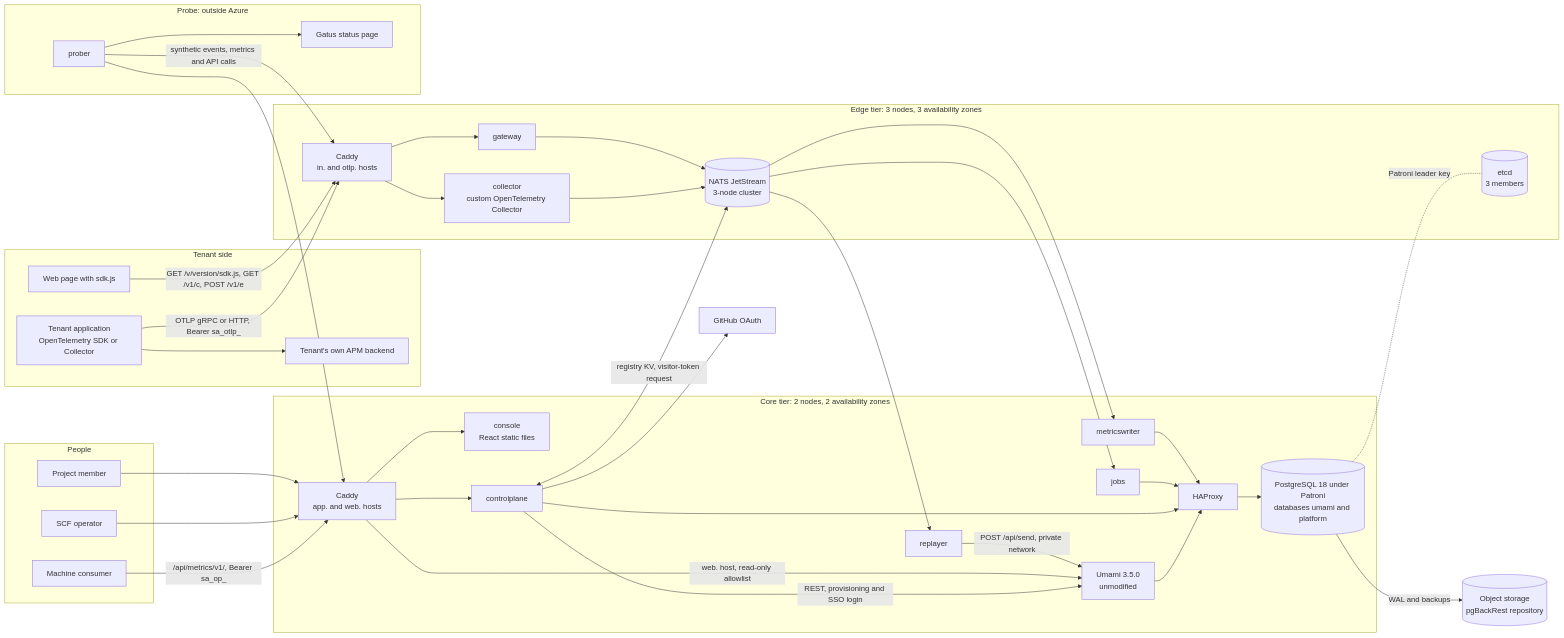
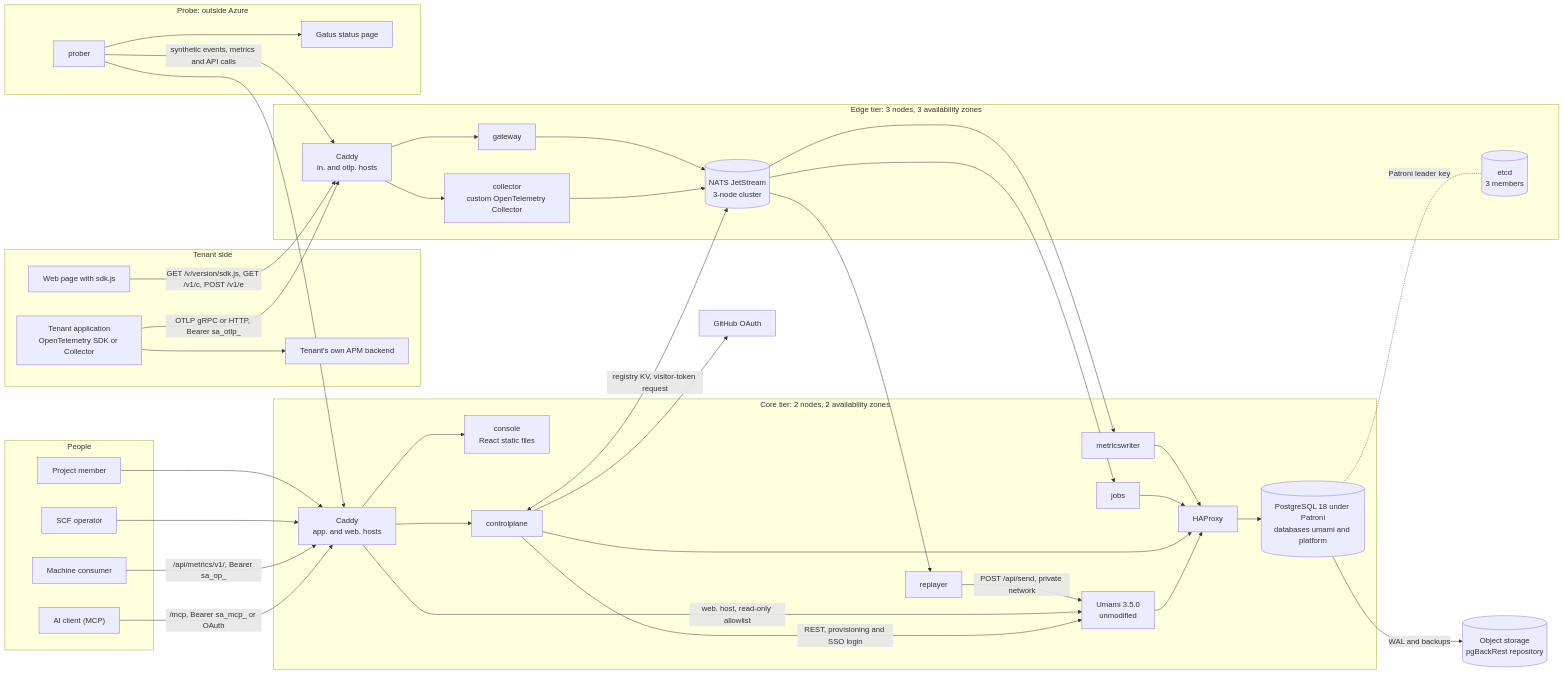
The first of 5 diagrams in docs/architecture.md (justmert/veristar), drawn with Mermaid before and after one commit. The commit also changed other lines of this file, not shown here.

Commit message:
show the mcp server in the architecture overview

````diff
--- a/docs/architecture.md
+++ b/docs/architecture.md
@@ -15,71 +15,73 @@
 ```mermaid
 flowchart LR
   subgraph tenant["Tenant side"]
     page["Web page with sdk.js"]
     app["Tenant application<br/>OpenTelemetry SDK or Collector"]
     apm["Tenant's own APM backend"]
   end
   subgraph users["People"]
     member["Project member"]
     op["SCF operator"]
     machine["Machine consumer"]
+    ai["AI client (MCP)"]
   end
 
   subgraph edge["Edge tier: 3 nodes, 3 availability zones"]
     ecaddy["Caddy<br/>in. and otlp. hosts"]
     gw["gateway"]
     col["collector<br/>custom OpenTelemetry Collector"]
     nats[("NATS JetStream<br/>3-node cluster")]
     etcd[("etcd<br/>3 members")]
   end
 
   subgraph core["Core tier: 2 nodes, 2 availability zones"]
     ccaddy["Caddy<br/>app. and web. hosts"]
     console["console<br/>React static files"]
     cp["controlplane"]
     umami["Umami 3.5.0<br/>unmodified"]
     rep["replayer"]
     mw["metricswriter"]
     jobs["jobs"]
     hap["HAProxy"]
     pg[("PostgreSQL 18 under Patroni<br/>databases umami and platform")]
   end
 
   backup[("Object storage<br/>pgBackRest repository")]
   subgraph probe["Probe: outside Azure"]
     prober["prober"]
     gatus["Gatus status page"]
   end
   github["GitHub OAuth"]
 
   page -- "GET /v/version/sdk.js, GET /v1/c, POST /v1/e" --> ecaddy
   app -- "OTLP gRPC or HTTP, Bearer sa_otlp_" --> ecaddy
   app --> apm
   ecaddy --> gw
   ecaddy --> col
   gw --> nats
   col --> nats
   nats --> rep
   nats --> mw
   nats --> jobs
   rep -- "POST /api/send, private network" --> umami
   mw --> hap
   jobs --> hap
   cp --> hap
   umami --> hap
   hap --> pg
   pg -. "Patroni leader key" .- etcd
   pg -- "WAL and backups" --> backup
   member --> ccaddy
   op --> ccaddy
   machine -- "/api/metrics/v1/, Bearer sa_op_" --> ccaddy
+  ai -- "/mcp, Bearer sa_mcp_ or OAuth" --> ccaddy
   ccaddy --> console
   ccaddy --> cp
   ccaddy -- "web. host, read-only allowlist" --> umami
   cp -- "REST, provisioning and SSO login" --> umami
   cp <-- "registry KV, visitor-token request" --> nats
   cp --> github
   prober -- "synthetic events, metrics and API calls" --> ecaddy
   prober --> ccaddy
   prober --> gatus
 ```
````
